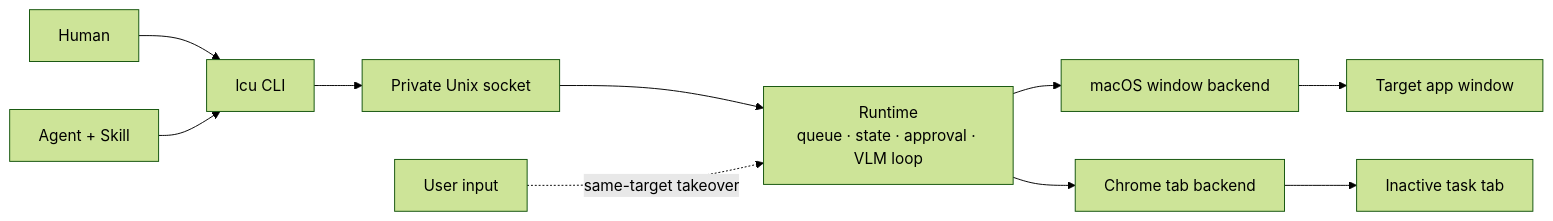
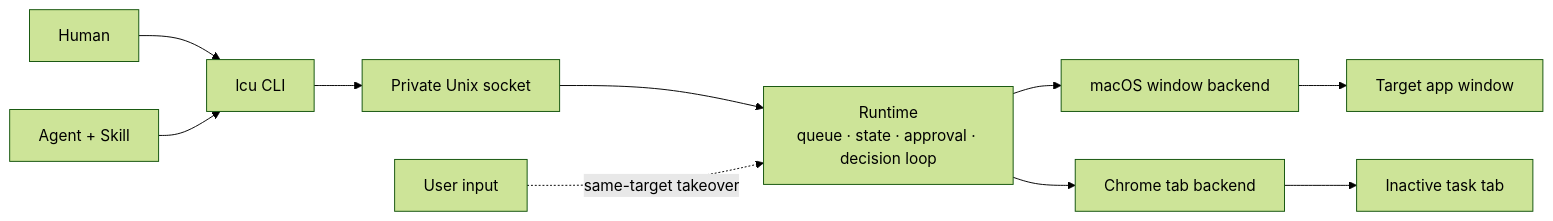
Before and after one commit to HelloiOS2014/AnythingUse: the diagram in README.md, drawn with Mermaid (forest theme). The commit also changed other lines of this file, not shown here.

First line of the commit message:
docs: rewrite README — drop bilingual blurb, merge duplicate diagrams, tighten tables

````diff
--- a/README.md
+++ b/README.md
@@ -40,12 +34,12 @@
 ```mermaid
 flowchart LR
     H["Human"] --> CLI["lcu CLI"]
     A["Agent + Skill"] --> CLI
     CLI --> IPC["Private Unix socket"]
-    IPC --> RT["Runtime<br/>queue · state · approval · VLM loop"]
+    IPC --> RT["Runtime<br/>queue · state · approval · decision loop"]
     RT --> MAC["macOS window backend"]
     RT --> CHROME["Chrome tab backend"]
     MAC --> APP["Target app window"]
     CHROME --> TAB["Inactive task tab"]
     USER["User input"] -. "same-target takeover" .-> RT
 ```
````
